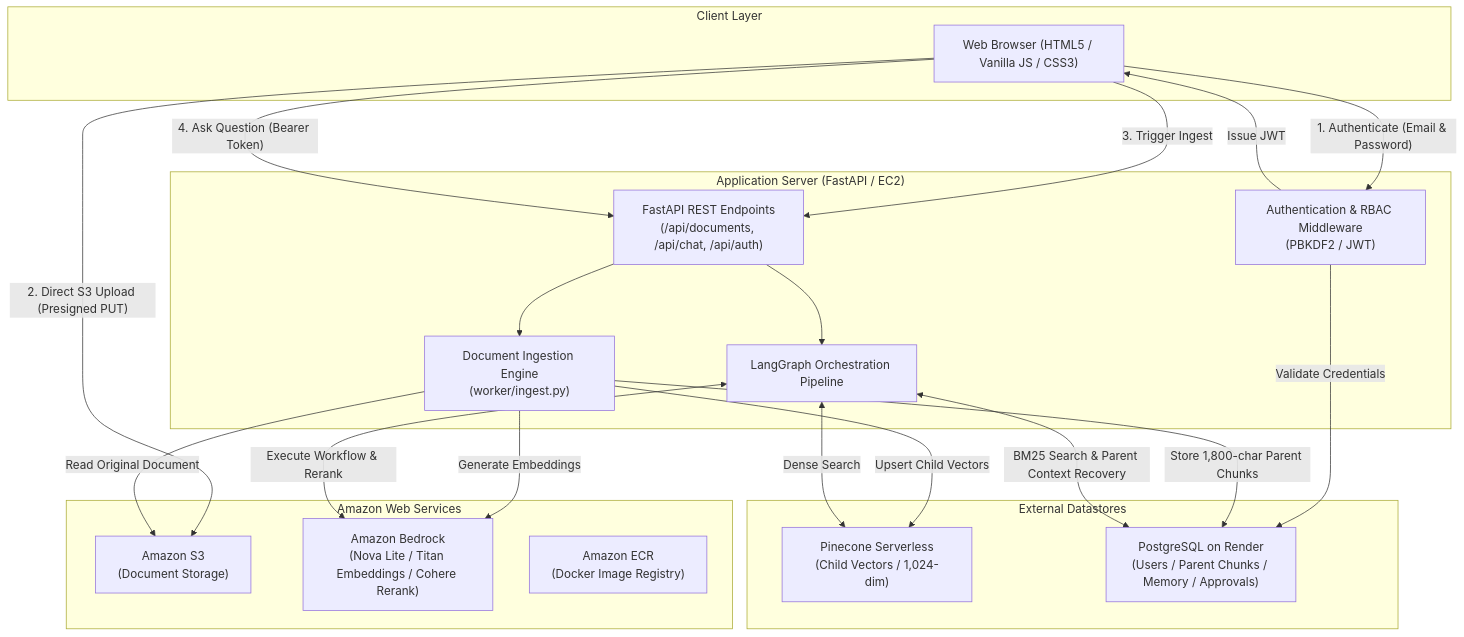
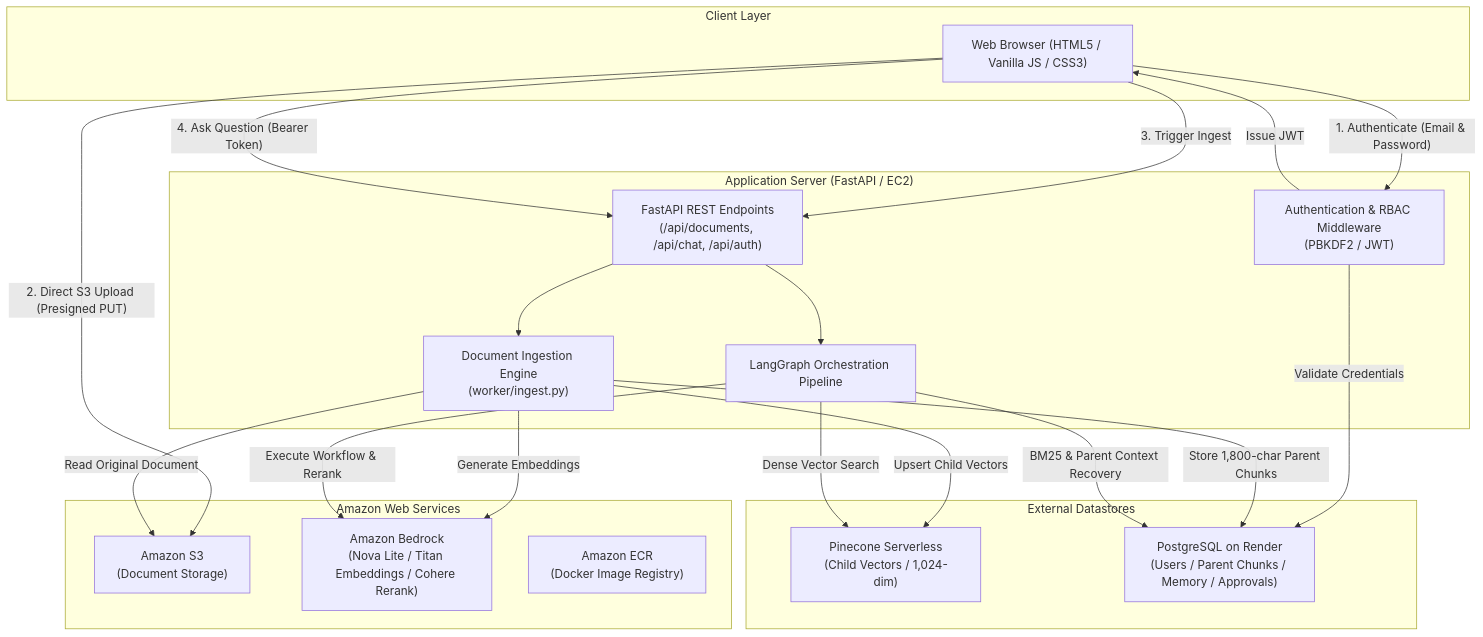
One commit to Nibirdeka7/Saar changed the first of 5 diagrams in README.md. Above: the diagram before and after it, drawn with Mermaid. The commit also changed other lines of this file, not shown here.

Commit message:
readme diagram renderring issue fixed

````diff
--- a/README.md
+++ b/README.md
@@ -61,42 +61,42 @@
 ```mermaid
 flowchart TD
-    subgraph Client ["Client Layer"]
+    subgraph Client["Client Layer"]
         UI["Web Browser (HTML5 / Vanilla JS / CSS3)"]
     end
 
-    subgraph AppServer ["Application Server (FastAPI / EC2)"]
-        AUTH["Authentication & RBAC Middleware\n(PBKDF2 / JWT)"]
-        API["FastAPI REST Endpoints\n(/api/documents, /api/chat, /api/auth)"]
+    subgraph AppServer["Application Server (FastAPI / EC2)"]
+        AUTH["Authentication & RBAC Middleware<br/>(PBKDF2 / JWT)"]
+        API["FastAPI REST Endpoints<br/>(/api/documents, /api/chat, /api/auth)"]
         GRAPH["LangGraph Orchestration Pipeline"]
-        INGEST["Document Ingestion Engine\n(worker/ingest.py)"]
+        INGEST["Document Ingestion Engine<br/>(worker/ingest.py)"]
     end
 
-    subgraph AWS ["Amazon Web Services"]
-        S3["Amazon S3\n(Document Storage)"]
-        BEDROCK["Amazon Bedrock\n(Nova Lite / Titan Embeddings / Cohere Rerank)"]
-        ECR["Amazon ECR\n(Docker Image Registry)"]
+    subgraph AWS["Amazon Web Services"]
+        S3["Amazon S3<br/>(Document Storage)"]
+        BEDROCK["Amazon Bedrock<br/>(Nova Lite / Titan Embeddings / Cohere Rerank)"]
+        ECR["Amazon ECR<br/>(Docker Image Registry)"]
     end
 
-    subgraph External ["External Datastores"]
-        PINECONE["Pinecone Serverless\n(Child Vectors / 1,024-dim)"]
-        POSTGRES["PostgreSQL on Render\n(Users / Parent Chunks / Memory / Approvals)"]
+    subgraph External["External Datastores"]
+        PINECONE["Pinecone Serverless<br/>(Child Vectors / 1,024-dim)"]
+        POSTGRES["PostgreSQL on Render<br/>(Users / Parent Chunks / Memory / Approvals)"]
     end
 
     UI -->|"1. Authenticate (Email & Password)"| AUTH
     AUTH -->|"Validate Credentials"| POSTGRES
     AUTH -->|"Issue JWT"| UI
 
     UI -->|"2. Direct S3 Upload (Presigned PUT)"| S3
     UI -->|"3. Trigger Ingest"| API
     API --> INGEST
     INGEST -->|"Read Original Document"| S3
     INGEST -->|"Generate Embeddings"| BEDROCK
     INGEST -->|"Upsert Child Vectors"| PINECONE
     INGEST -->|"Store 1,800-char Parent Chunks"| POSTGRES
 
     UI -->|"4. Ask Question (Bearer Token)"| API
     API --> GRAPH
-    GRAPH <-->|"Execute Workflow & Rerank"| BEDROCK
-    GRAPH <-->|"Dense Search"| PINECONE
-    GRAPH <-->|"BM25 Search & Parent Context Recovery"| POSTGRES
+    GRAPH -->|"Execute Workflow & Rerank"| BEDROCK
+    GRAPH -->|"Dense Vector Search"| PINECONE
+    GRAPH -->|"BM25 & Parent Context Recovery"| POSTGRES
 ```
````
